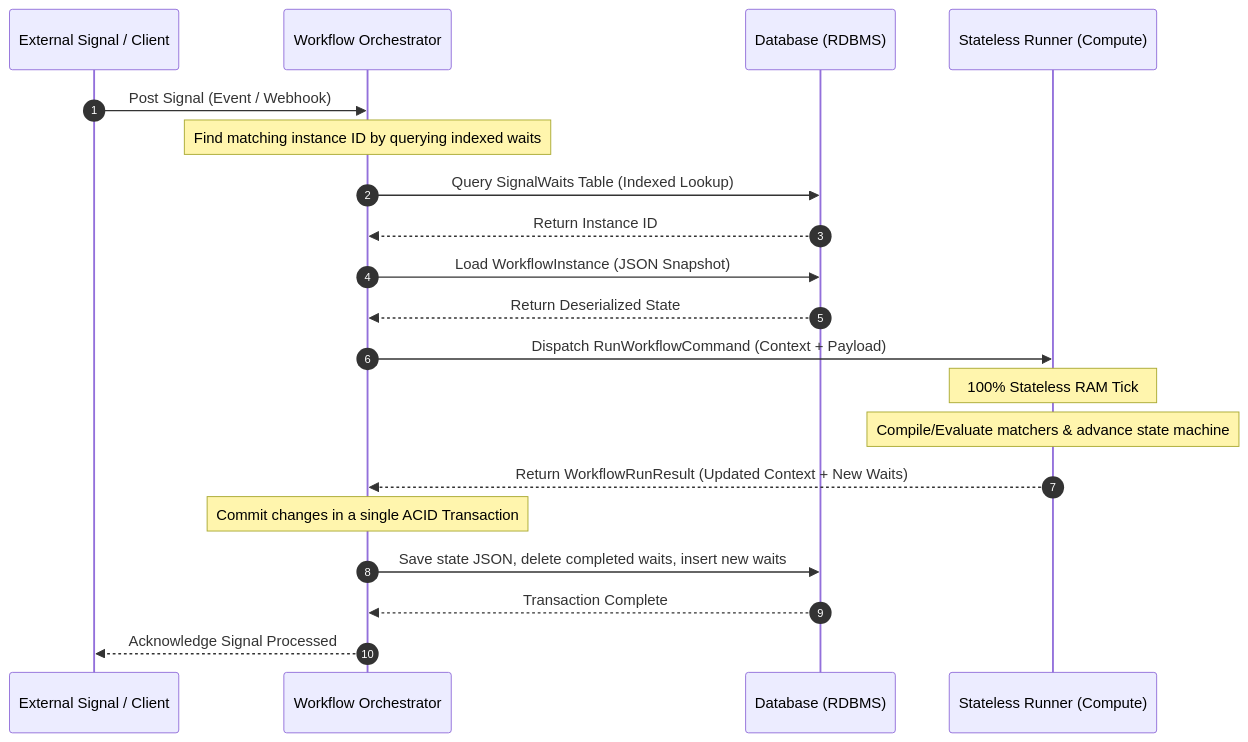
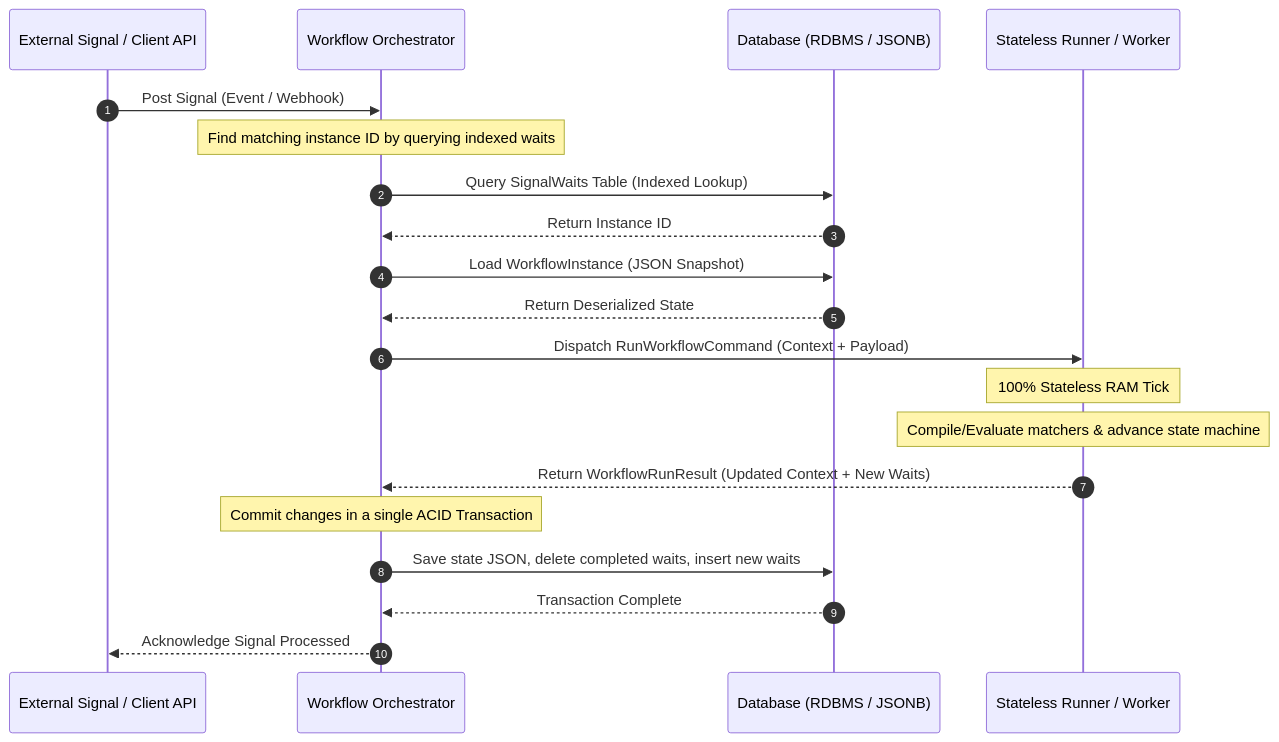
Before and after one commit to IbrahimElshafey/Workflows: the diagram in README.md, drawn with Mermaid. The commit also changed other lines of this file and 34 other files, not shown here.

Commit message:
feat: implement DB-backed workflow capability routing, automated worker drain, and master ROADMAP.md

````diff
--- a/README.md
+++ b/README.md
@@ -28,23 +31,23 @@
 ```mermaid
 sequenceDiagram
     autonumber
-    participant Client as External Signal / Client
+    participant Client as External Signal / Client API
     participant Orch as Workflow Orchestrator
-    participant DB as Database (RDBMS)
-    participant Runner as Stateless Runner (Compute)
+    participant DB as Database (RDBMS / JSONB)
+    participant Runner as Stateless Runner / Worker
 
     Client->>Orch: Post Signal (Event / Webhook)
     Note over Orch: Find matching instance ID by querying indexed waits
     Orch->>DB: Query SignalWaits Table (Indexed Lookup)
     DB-->>Orch: Return Instance ID
     Orch->>DB: Load WorkflowInstance (JSON Snapshot)
     DB-->>Orch: Return Deserialized State
     Orch->>Runner: Dispatch RunWorkflowCommand (Context + Payload)
     Note over Runner: 100% Stateless RAM Tick
     Note over Runner: Compile/Evaluate matchers & advance state machine
     Runner-->>Orch: Return WorkflowRunResult (Updated Context + New Waits)
     Note over Orch: Commit changes in a single ACID Transaction
     Orch->>DB: Save state JSON, delete completed waits, insert new waits
     DB-->>Orch: Transaction Complete
     Orch-->>Client: Acknowledge Signal Processed
 ```
````
